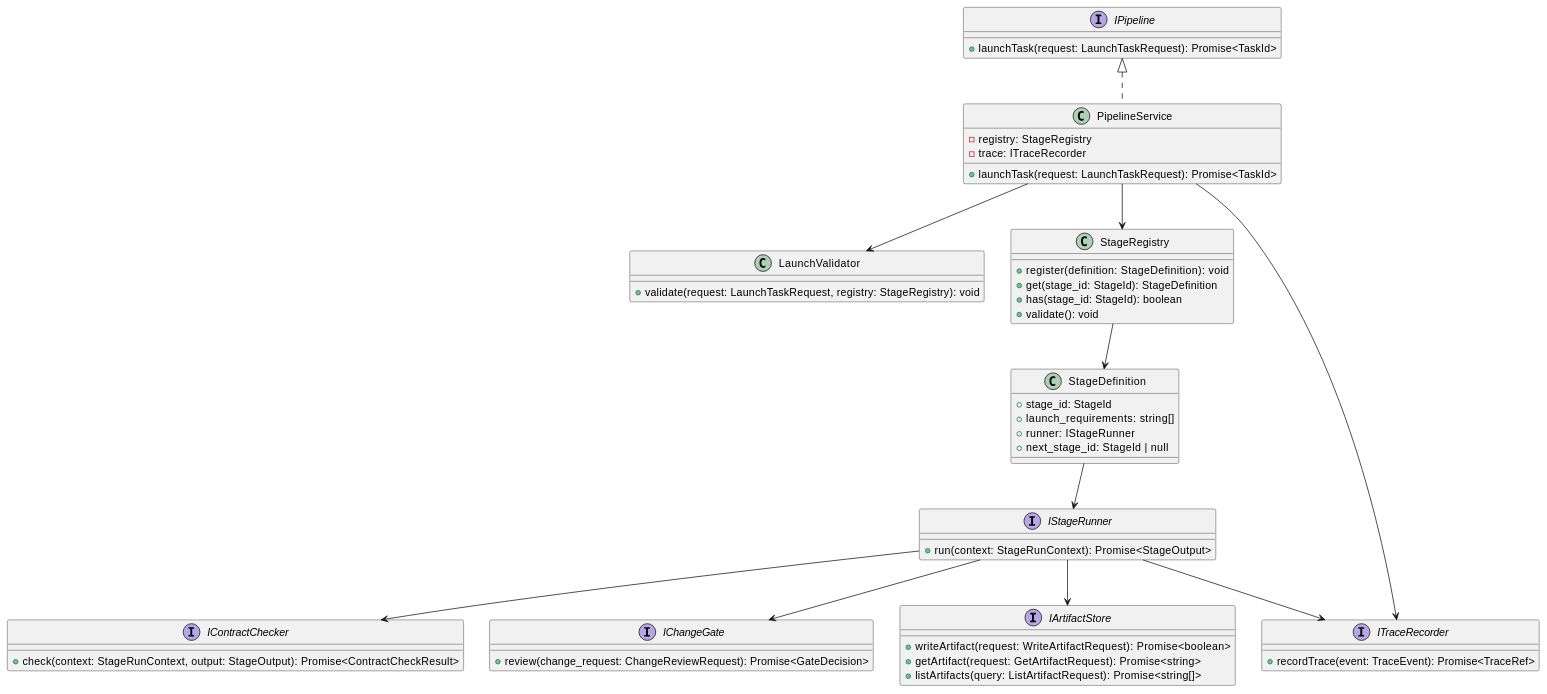
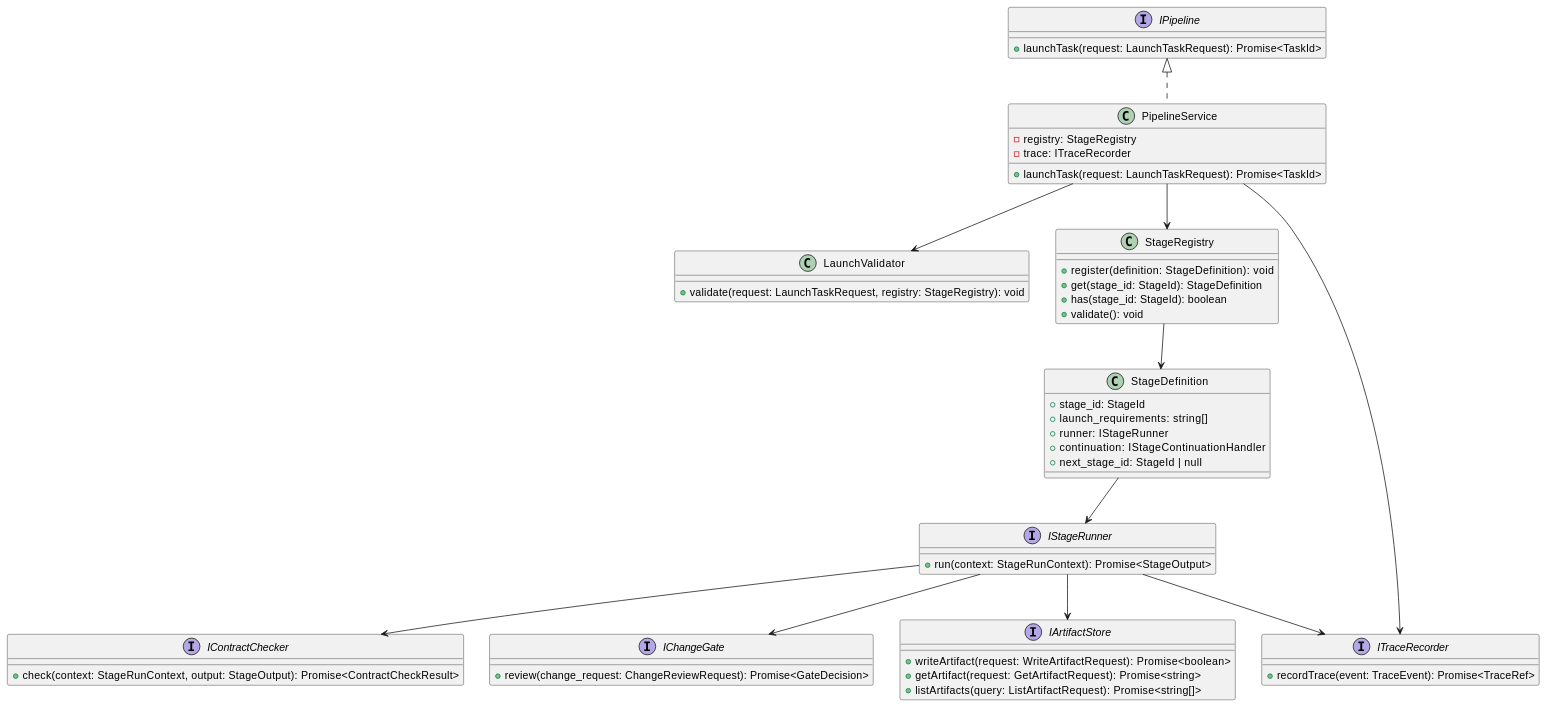
Before and after one commit to lucky-chen/ai_workflow_travel: the first of 5 diagrams in meta_layer/docs/design_docs/Workflow/Pipeline.md, drawn with PlantUML. The commit also changed other lines of this file and 10 other files, not shown here.

````diff
--- a/meta_layer/docs/design_docs/Workflow/Pipeline.md
+++ b/meta_layer/docs/design_docs/Workflow/Pipeline.md
@@ -43,64 +43,65 @@
 ```plantuml
 @startuml
 interface IPipeline {
   +launchTask(request: LaunchTaskRequest): Promise<TaskId>
 }
 
 class PipelineService {
   -registry: StageRegistry
   -trace: ITraceRecorder
   +launchTask(request: LaunchTaskRequest): Promise<TaskId>
 }
 
 interface IStageRunner {
   +run(context: StageRunContext): Promise<StageOutput>
 }
 
 class LaunchValidator {
   +validate(request: LaunchTaskRequest, registry: StageRegistry): void
 }
 
 class StageRegistry {
   +register(definition: StageDefinition): void
   +get(stage_id: StageId): StageDefinition
   +has(stage_id: StageId): boolean
   +validate(): void
 }
 
 class StageDefinition {
   +stage_id: StageId
   +launch_requirements: string[]
   +runner: IStageRunner
+  +continuation: IStageContinuationHandler
   +next_stage_id: StageId | null
 }
 
 interface ITraceRecorder {
   +recordTrace(event: TraceEvent): Promise<TraceRef>
 }
 
 interface IContractChecker {
   +check(context: StageRunContext, output: StageOutput): Promise<ContractCheckResult>
 }
 
 interface IChangeGate {
   +review(change_request: ChangeReviewRequest): Promise<GateDecision>
 }
 
 interface IArtifactStore {
   +writeArtifact(request: WriteArtifactRequest): Promise<boolean>
   +getArtifact(request: GetArtifactRequest): Promise<string>
   +listArtifacts(query: ListArtifactRequest): Promise<string[]>
 }
 
 IPipeline <|.. PipelineService
 PipelineService --> StageRegistry
 PipelineService --> ITraceRecorder
 PipelineService --> LaunchValidator
 StageRegistry --> StageDefinition
 StageDefinition --> IStageRunner
 IStageRunner --> ITraceRecorder
 IStageRunner --> IContractChecker
 IStageRunner --> IChangeGate
 IStageRunner --> IArtifactStore
 @enduml
 ```
````
